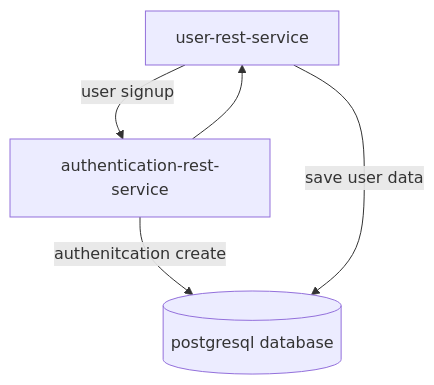
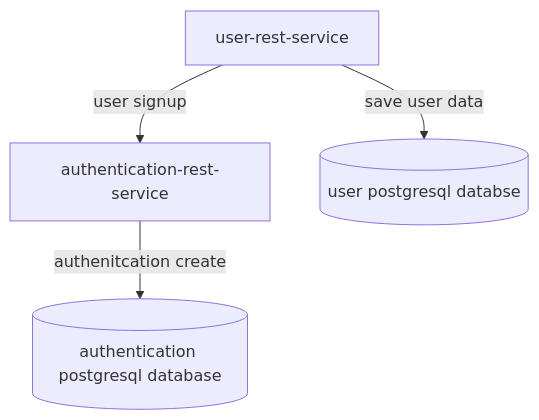
Before and after one commit to sonamsamdupkhangsar/user-rest-service: the first of 2 diagrams in README.md, drawn with Mermaid.

Commit message:
add flowchart

````diff
--- a/README.md
+++ b/README.md
@@ -75,7 +75,6 @@
 ```mermaid
 flowchart TD
     A[user-rest-service] -->|user signup| B[authentication-rest-service]
-    B -->|authenitcation create| C[(postgresql database)]
-    B --> A
-    A --> | save user data| C
+    B -->|authenitcation create| C[(authentication postgresql database)]    
+    A --> | save user data| D[(user postgresql databse)]
 ```
````
